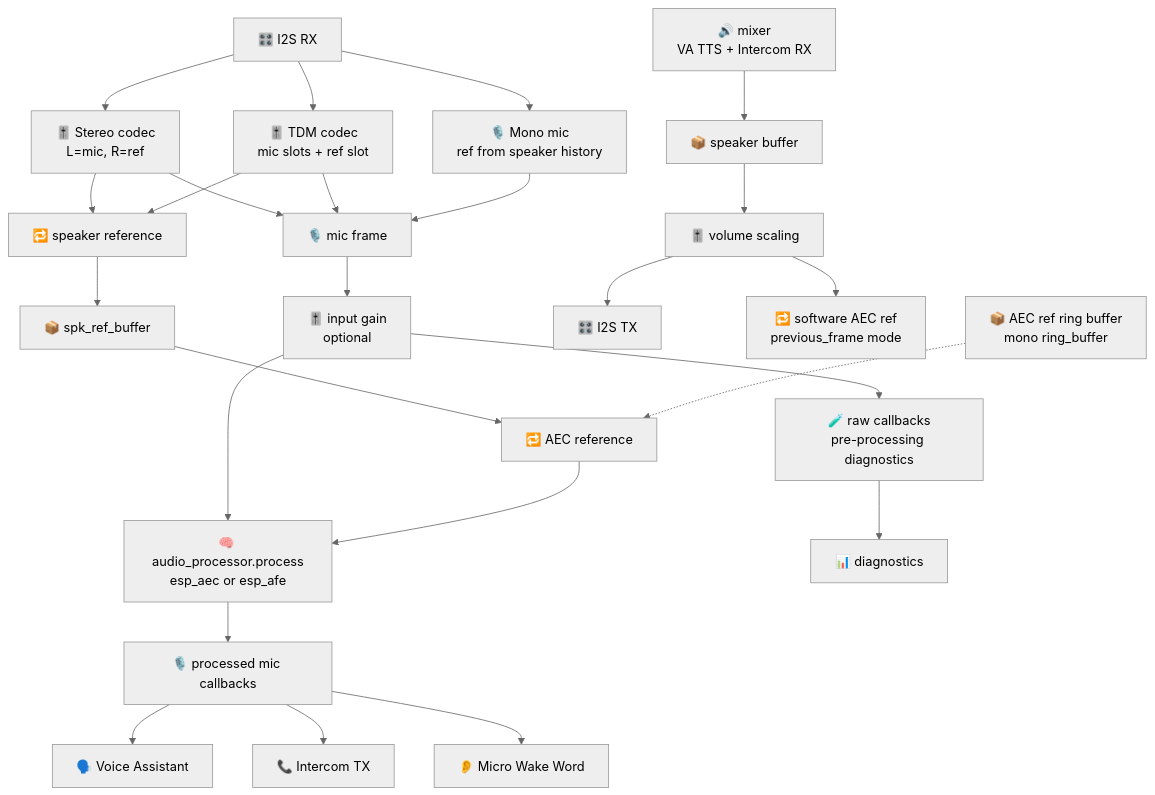
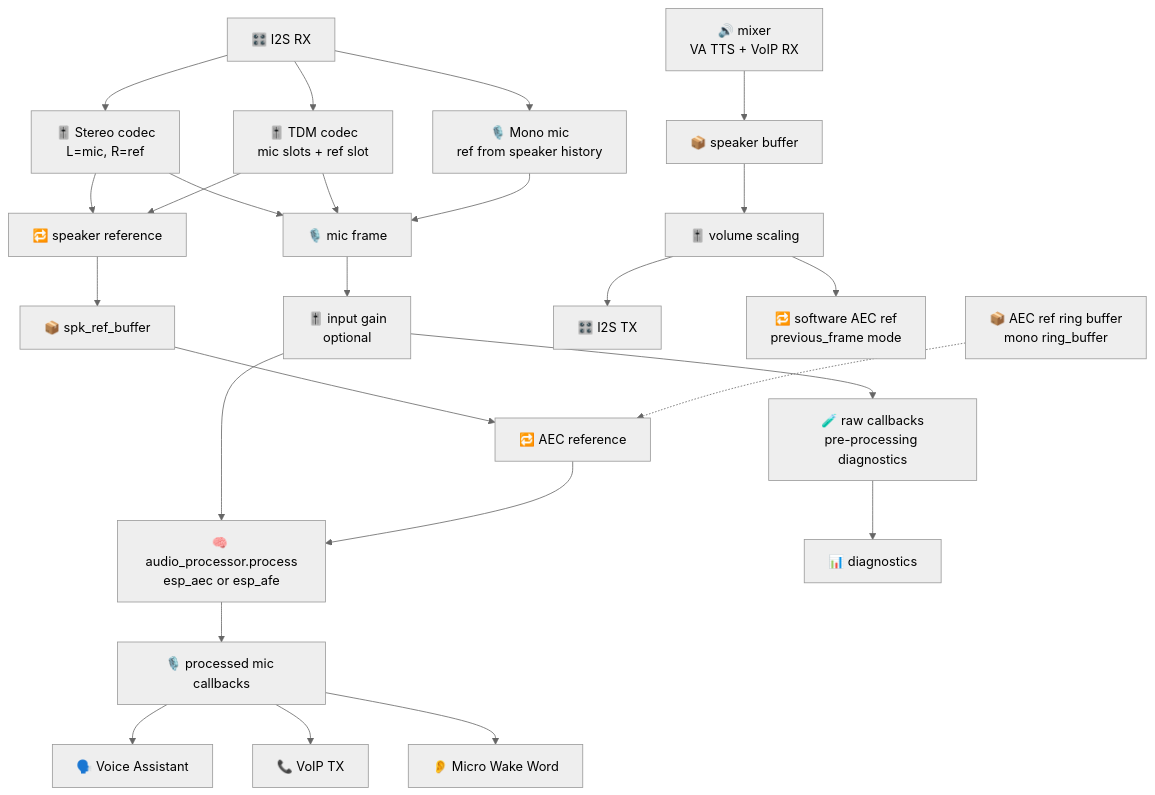
Before and after one commit to csfrussa/esphome-intercom: the diagram in esphome/components/esp_audio_stack/README.md, drawn with Mermaid (neutral theme). The commit also changed other lines of this file and 88 other files, not shown here.

````diff
--- a/esphome/components/esp_audio_stack/README.md
+++ b/esphome/components/esp_audio_stack/README.md
@@ -179,33 +179,33 @@
 ```mermaid
 flowchart TD
     RX["🎛️ I2S RX"] --> Stereo["🎚️ Stereo codec<br/>L=mic, R=ref"]
     RX --> TDM["🎚️ TDM codec<br/>mic slots + ref slot"]
     RX --> Mono["🎙️ Mono mic<br/>ref from speaker history"]
 
     Stereo --> Mic["🎙️ mic frame"]
     Stereo --> Ref["🔁 speaker reference"]
     TDM --> Mic
     TDM --> Ref
     Mono --> Mic
 
     Mic --> Atten["🎚️ input gain<br/>optional"]
     Atten --> Raw["🧪 raw callbacks<br/>pre-processing diagnostics"]
     Atten --> Processor["🧠 audio_processor.process<br/>esp_aec or esp_afe"]
 
     Ref --> RefBuf["📦 spk_ref_buffer"]
     RefBuf --> AecRef["🔁 AEC reference"]
     AecRef --> Processor
 
     Raw --> Diag["📊 diagnostics"]
 
     Processor --> Post["🎙️ processed mic callbacks"]
     Post --> VA["🗣️ Voice Assistant"]
-    Post --> ICT["📞 Intercom TX"]
+    Post --> ICT["📞 VoIP TX"]
     Post --> MWW["👂 Micro Wake Word"]
 
-    Mixer["🔊 mixer<br/>VA TTS + Intercom RX"] --> SPK["📦 speaker buffer"]
+    Mixer["🔊 mixer<br/>VA TTS + VoIP RX"] --> SPK["📦 speaker buffer"]
     SPK --> VOL["🎚️ volume scaling"]
     VOL --> TX["🎛️ I2S TX"]
     VOL --> DirectRef["🔁 software AEC ref<br/>previous_frame mode"]
     RingBuf["📦 AEC ref ring buffer<br/>mono ring_buffer"] -.-> AecRef
 ```
````
